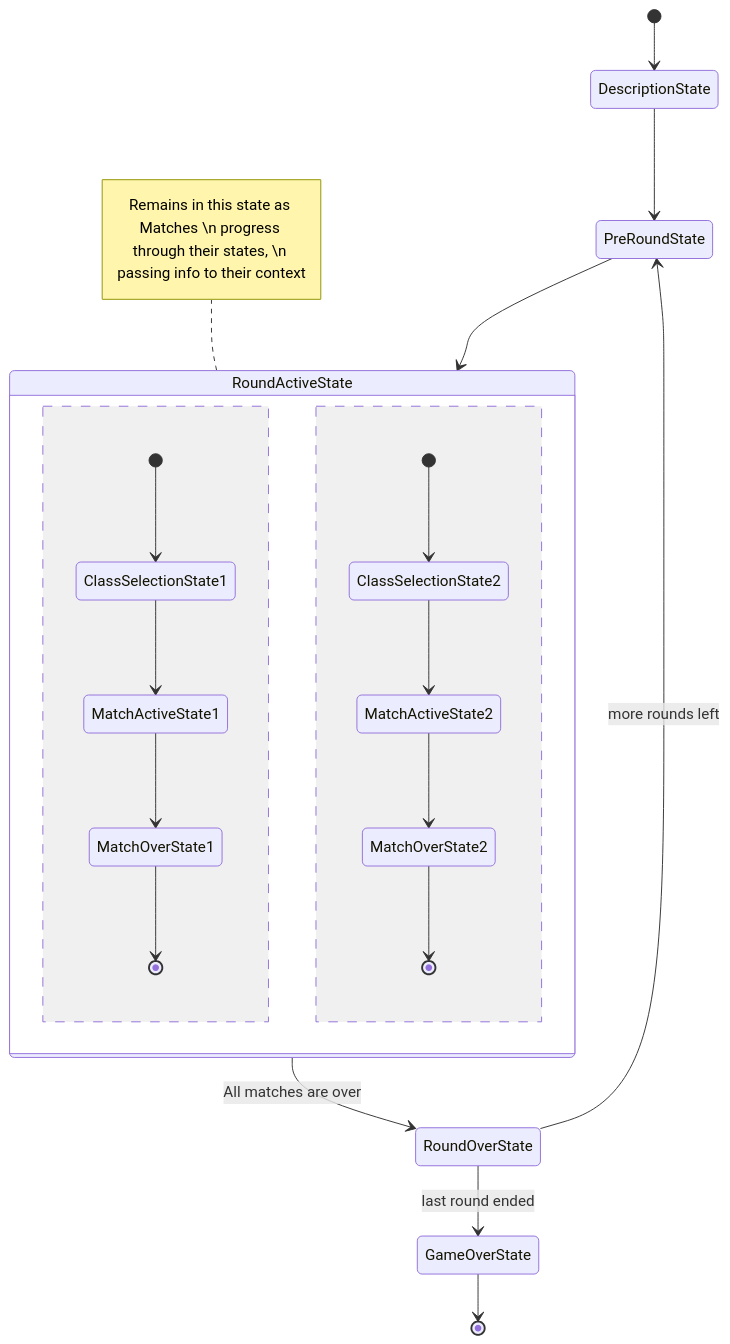
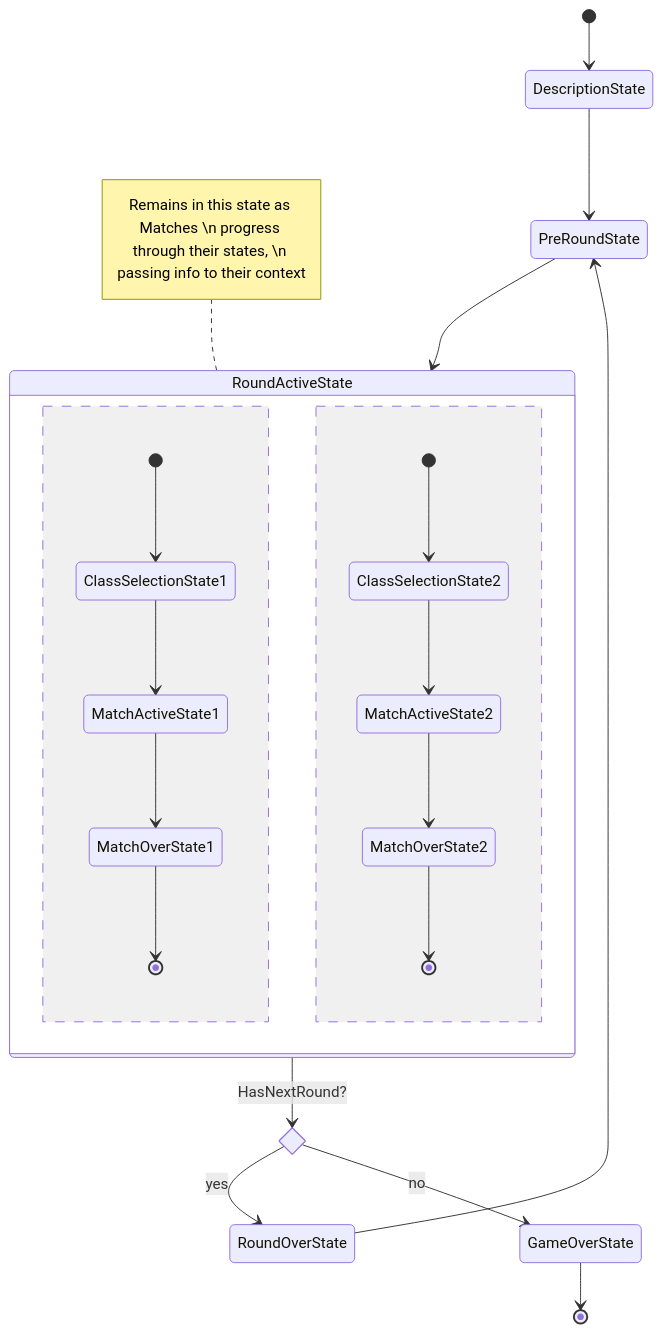
One commit to Braekpo1nt/MCTManager changed the diagram in docs/capture-the-flag-flow.md. Above: the diagram before and after it, drawn with Mermaid.

Commit message:
updated markdown

````diff
--- a/docs/capture-the-flag-flow.md
+++ b/docs/capture-the-flag-flow.md
@@ -3,28 +3,30 @@
 ```mermaid
 stateDiagram-v2
-direction TB
-classDef delay fill:orange,color:black
-[*] --> DescriptionState
-DescriptionState --> PreRoundState
-PreRoundState --> RoundActiveState
+    direction TB
+    classDef delay fill:orange,color:black
+    [*] --> DescriptionState
+    DescriptionState --> PreRoundState
+    PreRoundState --> RoundActiveState
 
-state RoundActiveState {
-    [*] --> ClassSelectionState1
-    ClassSelectionState1 --> MatchActiveState1
-    MatchActiveState1 --> MatchOverState1
-    MatchOverState1 --> [*]
-    --
-    [*] --> ClassSelectionState2
-    ClassSelectionState2 --> MatchActiveState2
-    MatchActiveState2 --> MatchOverState2
-    MatchOverState2 --> [*]
-}
-note left of RoundActiveState : Remains in this state as Matches \n progress through their states, \n passing info to their context 
+    state RoundActiveState {
+        [*] --> ClassSelectionState1
+        ClassSelectionState1 --> MatchActiveState1
+        MatchActiveState1 --> MatchOverState1
+        MatchOverState1 --> [*]
+        --
+        [*] --> ClassSelectionState2
+        ClassSelectionState2 --> MatchActiveState2
+        MatchActiveState2 --> MatchOverState2
+        MatchOverState2 --> [*]
+    }
+    note left of RoundActiveState : Remains in this state as Matches \n progress through their states, \n passing info to their context
 
-RoundActiveState --> RoundOverState: All matches are over
+    state HasNextRound <<choice>>
+    RoundActiveState --> HasNextRound: HasNextRound?
+    HasNextRound --> RoundOverState: yes
+    RoundOverState --> PreRoundState
 
+    HasNextRound --> GameOverState: no
 
-RoundOverState --> PreRoundState: more rounds left
-RoundOverState --> GameOverState: last round ended
-GameOverState --> [*]
+    GameOverState --> [*]
 ```
````
